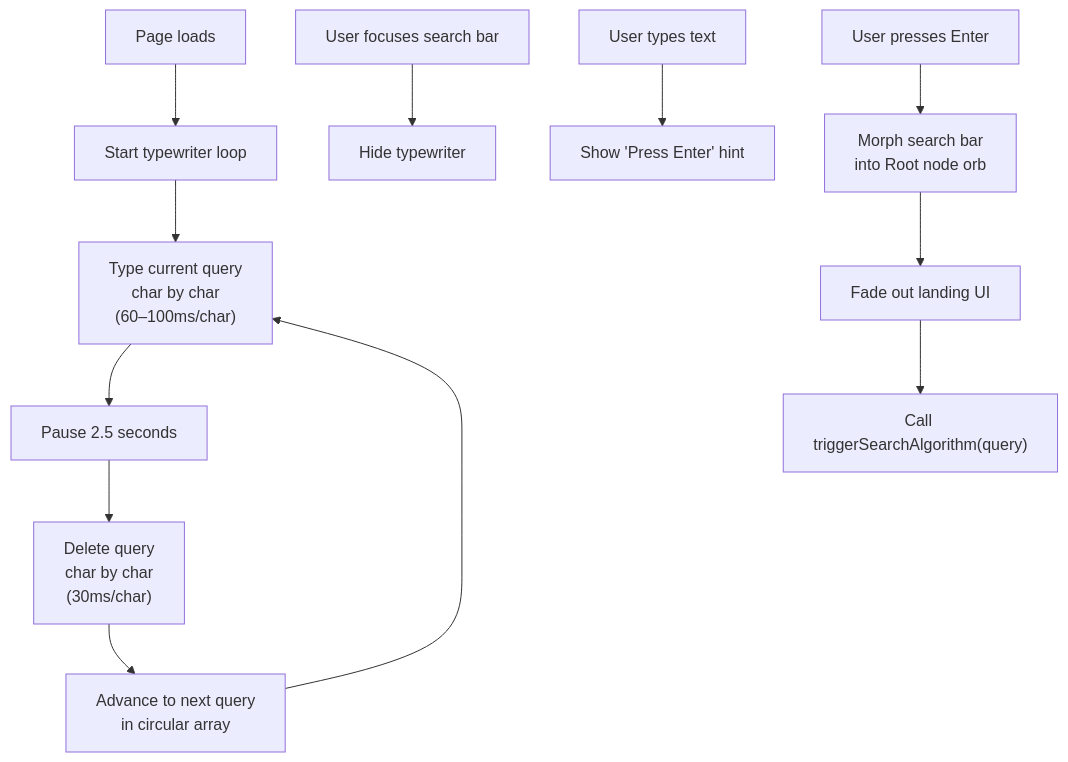
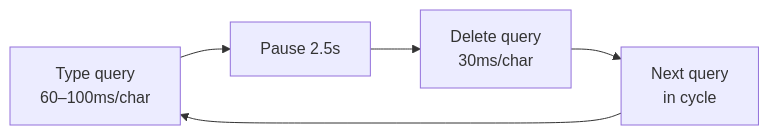
One commit to Kavyargb/Neuron-IQ changed the eighth of 13 diagrams in README.md. Above: the diagram before and after it, drawn with Mermaid. The commit also changed other lines of this file, not shown here.

Commit message:
docs: overhaul README with enhanced formatting, project badges, and detailed architecture documentation

````diff
--- a/README.md
+++ b/README.md
@@ -466,15 +484,7 @@
 ```mermaid
-flowchart TD
-    A["Page loads"] --> B["Start typewriter loop"]
-    B --> C["Type current query<br>char by char<br>(60–100ms/char)"]
-    C --> D["Pause 2.5 seconds"]
-    D --> E["Delete query<br>char by char<br>(30ms/char)"]
-    E --> F["Advance to next query<br>in circular array"]
-    F --> C
-
-    G["User focuses search bar"] --> H["Hide typewriter"]
-    I["User types text"] --> J["Show 'Press Enter' hint"]
-    K["User presses Enter"] --> L["Morph search bar<br>into Root node orb"]
-    L --> M["Fade out landing UI"]
-    M --> N["Call triggerSearchAlgorithm(query)"]
+flowchart LR
+    A["Type query<br/>60–100ms/char"] --> B["Pause 2.5s"]
+    B --> C["Delete query<br/>30ms/char"]
+    C --> D["Next query<br/>in cycle"]
+    D --> A
 ```
````
